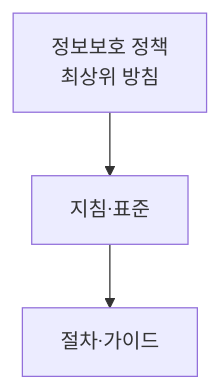
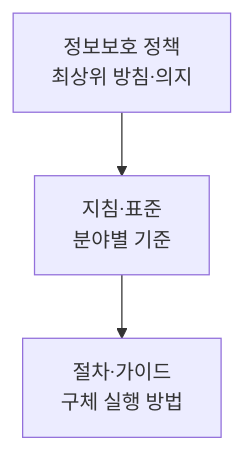
One commit to coninggu/wjdqhrhksflrltnftk changed the first of 2 diagrams in content/information-security-policy.md. Above: the diagram before and after it, drawn with Mermaid. The commit also changed other lines of this file and 5 other files, not shown here.

````diff
--- a/content/information-security-policy.md
+++ b/content/information-security-policy.md
@@ -13,5 +13,5 @@
 ```mermaid
 flowchart TB
-  P[정보보호 정책<br/>최상위 방침] --> S[지침·표준]
-  S --> G[절차·가이드]
+  P[정보보호 정책<br/>최상위 방침·의지] --> S[지침·표준<br/>분야별 기준]
+  S --> G[절차·가이드<br/>구체 실행 방법]
 ```
````
